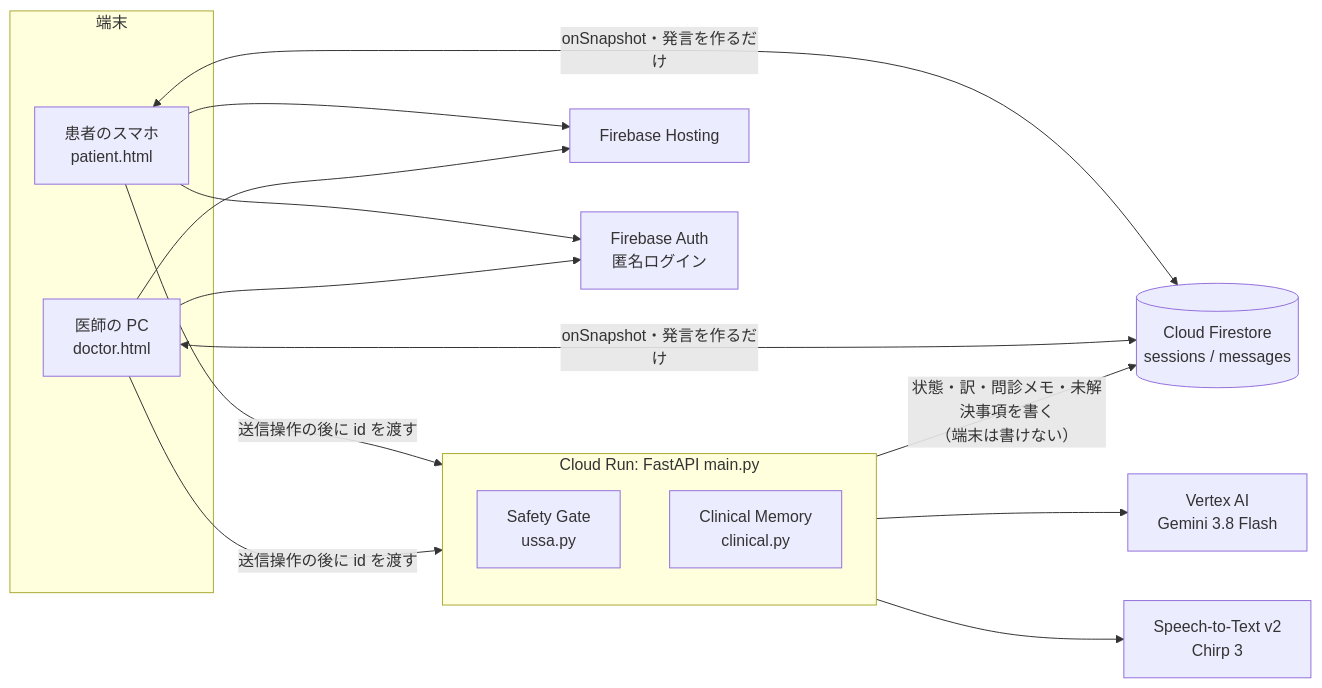
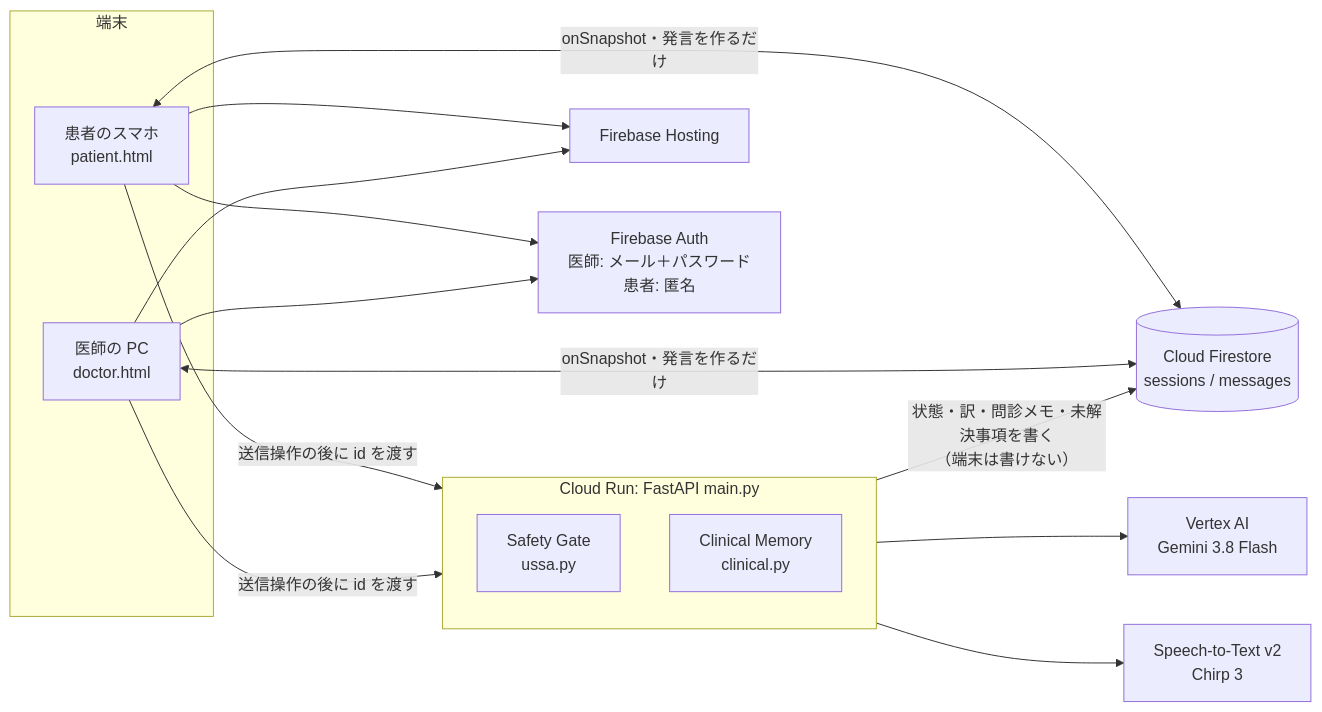
Before and after one commit to Devfest-Hackathon-2026/df-2026-t085: the first of 3 diagrams in ARCHITECTURE.md, drawn with Mermaid. The commit also changed 7 other files, not shown here.

````diff
--- a/ARCHITECTURE.md
+++ b/ARCHITECTURE.md
@@ -8,23 +8,23 @@
 ```mermaid
 flowchart LR
   subgraph 端末
     P[患者のスマホ<br/>patient.html]
     D[医師の PC<br/>doctor.html]
   end
   H[Firebase Hosting]
-  A[Firebase Auth<br/>匿名ログイン]
+  A[Firebase Auth<br/>医師: メール＋パスワード<br/>患者: 匿名]
   F[(Cloud Firestore<br/>sessions / messages)]
   subgraph CR[Cloud Run: FastAPI main.py]
     G[Safety Gate<br/>ussa.py]
     M[Clinical Memory<br/>clinical.py]
   end
   V[Vertex AI<br/>Gemini 3.8 Flash]
   S[Speech-to-Text v2<br/>Chirp 3]
   P & D --> H
   P & D --> A
   P & D <-- onSnapshot・発言を作るだけ --> F
   P & D -- 送信操作の後に id を渡す --> CR
   CR -- 状態・訳・問診メモ・未解決事項を書く<br/>（端末は書けない） --> F
   CR --> V
   CR --> S
 ```
````
